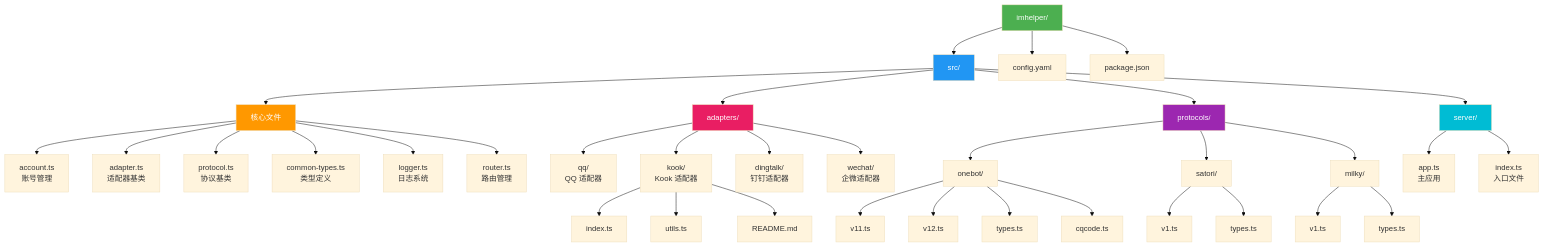
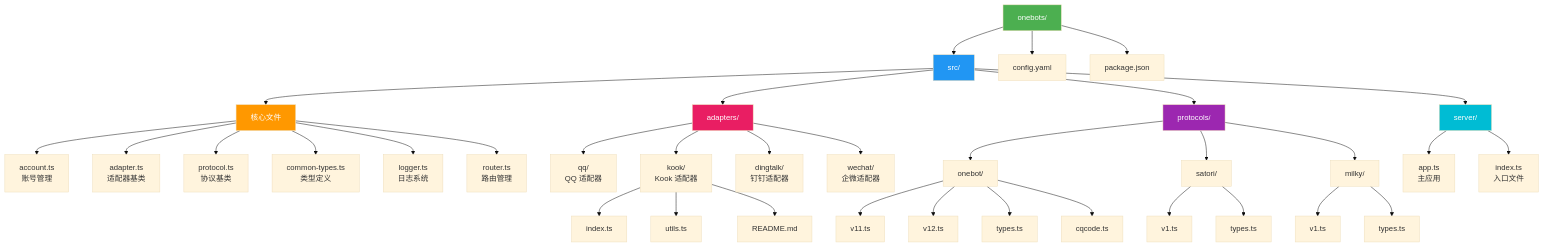
One commit to Ckid-Home/onebots changed the eighth of 9 diagrams in architecture-diagrams.md. Above: the diagram before and after it, drawn with Mermaid (base theme). The commit also changed other lines of this file and 285 other files, not shown here.

````diff
--- a/architecture-diagrams.md
+++ b/architecture-diagrams.md
@@ -484,54 +484,54 @@
 ```mermaid
 graph TD
-    Root["imhelper/"]
+    Root["onebots/"]
     
     Root --> Src["src/"]
     Root --> Config["config.yaml"]
     Root --> Package["package.json"]
     
     Src --> CoreFiles["核心文件"]
     Src --> Adapters["adapters/"]
     Src --> Protocols["protocols/"]
     Src --> Server["server/"]
     
     CoreFiles --> Account["account.ts<br/>账号管理"]
     CoreFiles --> Adapter["adapter.ts<br/>适配器基类"]
     CoreFiles --> Protocol["protocol.ts<br/>协议基类"]
     CoreFiles --> Types["common-types.ts<br/>类型定义"]
     CoreFiles --> Logger["logger.ts<br/>日志系统"]
     CoreFiles --> Router["router.ts<br/>路由管理"]
     
     Adapters --> QQ["qq/<br/>QQ 适配器"]
     Adapters --> Kook["kook/<br/>Kook 适配器"]
     Adapters --> DingTalk["dingtalk/<br/>钉钉适配器"]
     Adapters --> WeChat["wechat/<br/>企微适配器"]
     
     Kook --> KookIndex["index.ts"]
     Kook --> KookUtils["utils.ts"]
     Kook --> KookReadme["README.md"]
     
     Protocols --> OneBot["onebot/"]
     Protocols --> Satori["satori/"]
     Protocols --> Milky["milky/"]
     
     OneBot --> V11["v11.ts"]
     OneBot --> V12["v12.ts"]
     OneBot --> OBTypes["types.ts"]
     OneBot --> CQCode["cqcode.ts"]
     
     Satori --> SatV1["v1.ts"]
     Satori --> SatTypes["types.ts"]
     
     Milky --> MlkV1["v1.ts"]
     Milky --> MlkTypes["types.ts"]
     
     Server --> App["app.ts<br/>主应用"]
     Server --> Index["index.ts<br/>入口文件"]
     
     style Root fill:#4caf50,color:#fff
     style Src fill:#2196f3,color:#fff
     style CoreFiles fill:#ff9800,color:#fff
     style Adapters fill:#e91e63,color:#fff
     style Protocols fill:#9c27b0,color:#fff
     style Server fill:#00bcd4,color:#fff
 ```
````
